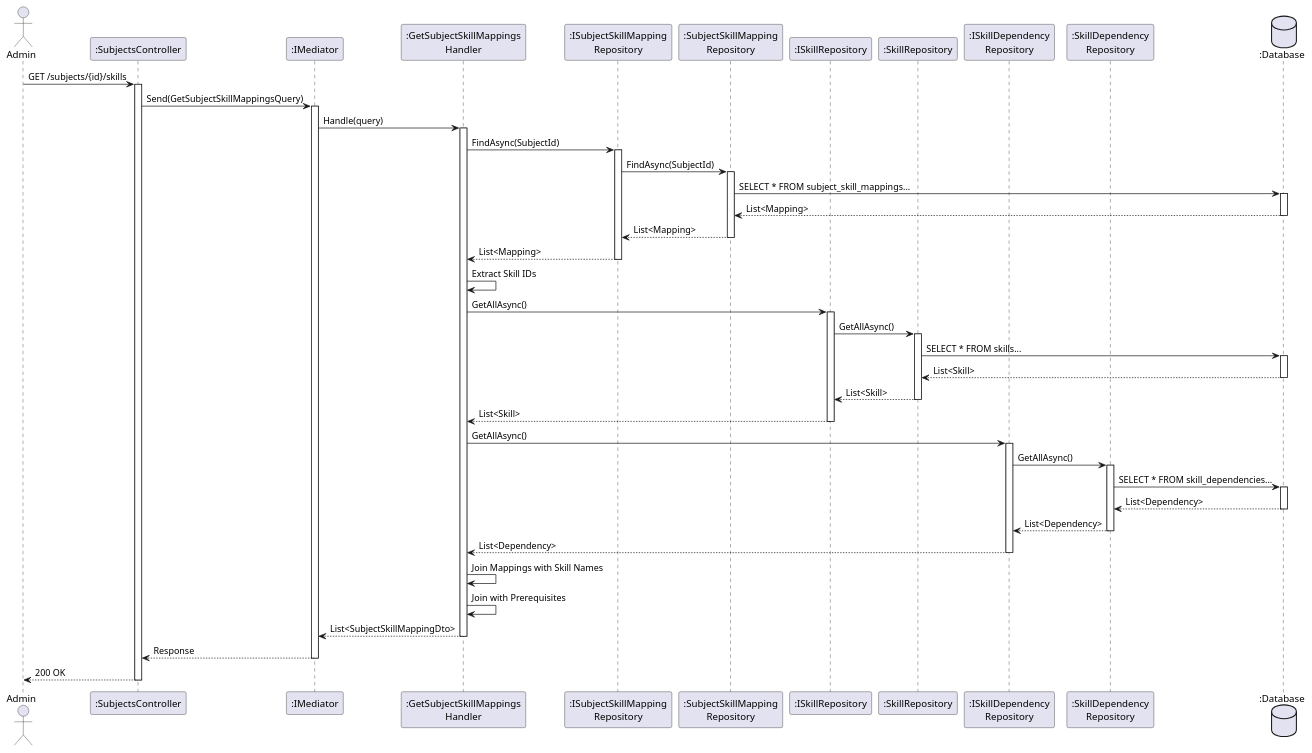
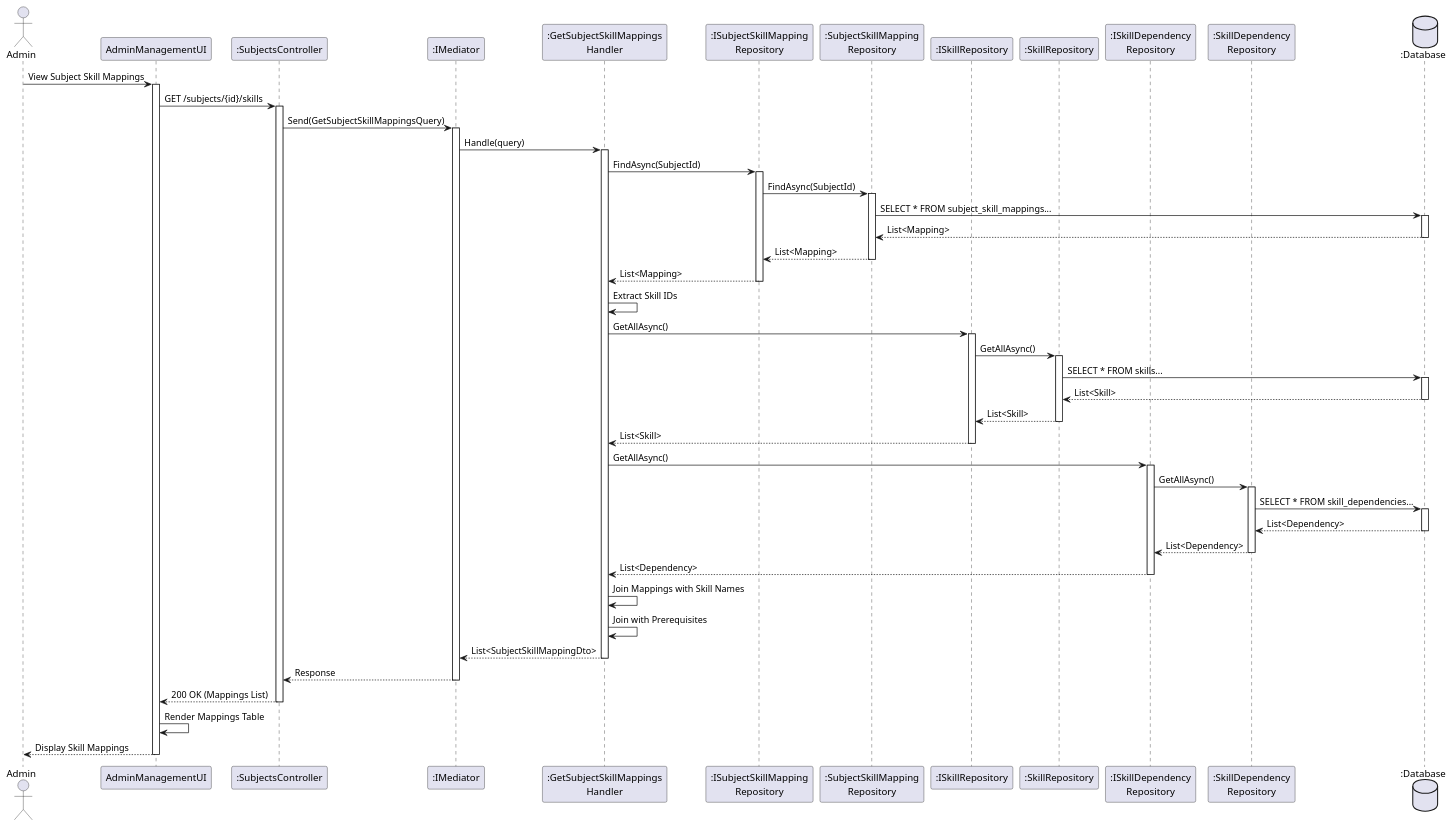
One commit to FA25SE050-RogueLearn/RogueLearn.BMAD.Documentation changed the diagram in docs/srs/diagrams/sequence-diagram/admin-skills/get-skill-mappings.puml. Above: the diagram before and after it, drawn with PlantUML. The commit also changed 77 other files, not shown here.

Commit message:
add: fix the sequence diagrams

```diff
--- a/docs/srs/diagrams/sequence-diagram/admin-skills/get-skill-mappings.puml
+++ b/docs/srs/diagrams/sequence-diagram/admin-skills/get-skill-mappings.puml
@@ -1,78 +1,86 @@
 @startuml
 actor Admin
+participant AdminManagementUI as UI
 participant ":SubjectsController" as Controller
 participant ":IMediator" as Med
 participant ":GetSubjectSkillMappings\nHandler" as Handler
 participant ":ISubjectSkillMapping\nRepository" as IMapRepo
 participant ":SubjectSkillMapping\nRepository" as MapRepo
 participant ":ISkillRepository" as ISkillRepo
 participant ":SkillRepository" as SkillRepo
 participant ":ISkillDependency\nRepository" as IDepRepo
 participant ":SkillDependency\nRepository" as DepRepo
 database ":Database" as DB
 
-Admin -> Controller : GET /subjects/{id}/skills
+Admin -> UI : View Subject Skill Mappings
+activate UI
+
+UI -> Controller : GET /subjects/{id}/skills
 activate Controller
 
 Controller -> Med : Send(GetSubjectSkillMappingsQuery)
 activate Med
 
 Med -> Handler : Handle(query)
 activate Handler
 
 ' 1. Get Links
 Handler -> IMapRepo : FindAsync(SubjectId)
 activate IMapRepo
 IMapRepo -> MapRepo : FindAsync(SubjectId)
 activate MapRepo
 MapRepo -> DB : SELECT * FROM subject_skill_mappings...
 activate DB
 DB --> MapRepo : List<Mapping>
 deactivate DB
 MapRepo --> IMapRepo : List<Mapping>
 deactivate MapRepo
 IMapRepo --> Handler : List<Mapping>
 deactivate IMapRepo
 
 ' 2. Get Skill Details
 Handler -> Handler : Extract Skill IDs
 Handler -> ISkillRepo : GetAllAsync()
 activate ISkillRepo
 ISkillRepo -> SkillRepo : GetAllAsync()
 activate SkillRepo
 SkillRepo -> DB : SELECT * FROM skills...
 activate DB
 DB --> SkillRepo : List<Skill>
 deactivate DB
 SkillRepo --> ISkillRepo : List<Skill>
 deactivate SkillRepo
 ISkillRepo --> Handler : List<Skill>
 deactivate ISkillRepo
 
 ' 3. Get Dependencies (Optional Context)
 Handler -> IDepRepo : GetAllAsync()
 activate IDepRepo
 IDepRepo -> DepRepo : GetAllAsync()
 activate DepRepo
 DepRepo -> DB : SELECT * FROM skill_dependencies...
 activate DB
 DB --> DepRepo : List<Dependency>
 deactivate DB
 DepRepo --> IDepRepo : List<Dependency>
 deactivate DepRepo
 IDepRepo --> Handler : List<Dependency>
 deactivate IDepRepo
 
 ' 4. Map to DTO
 Handler -> Handler : Join Mappings with Skill Names
 Handler -> Handler : Join with Prerequisites
 
 Handler --> Med : List<SubjectSkillMappingDto>
 deactivate Handler
 
 Med --> Controller : Response
 deactivate Med
 
-Controller --> Admin : 200 OK
+Controller --> UI : 200 OK (Mappings List)
 deactivate Controller
+
+UI -> UI : Render Mappings Table
+UI --> Admin : Display Skill Mappings
+deactivate UI
 @enduml
```
